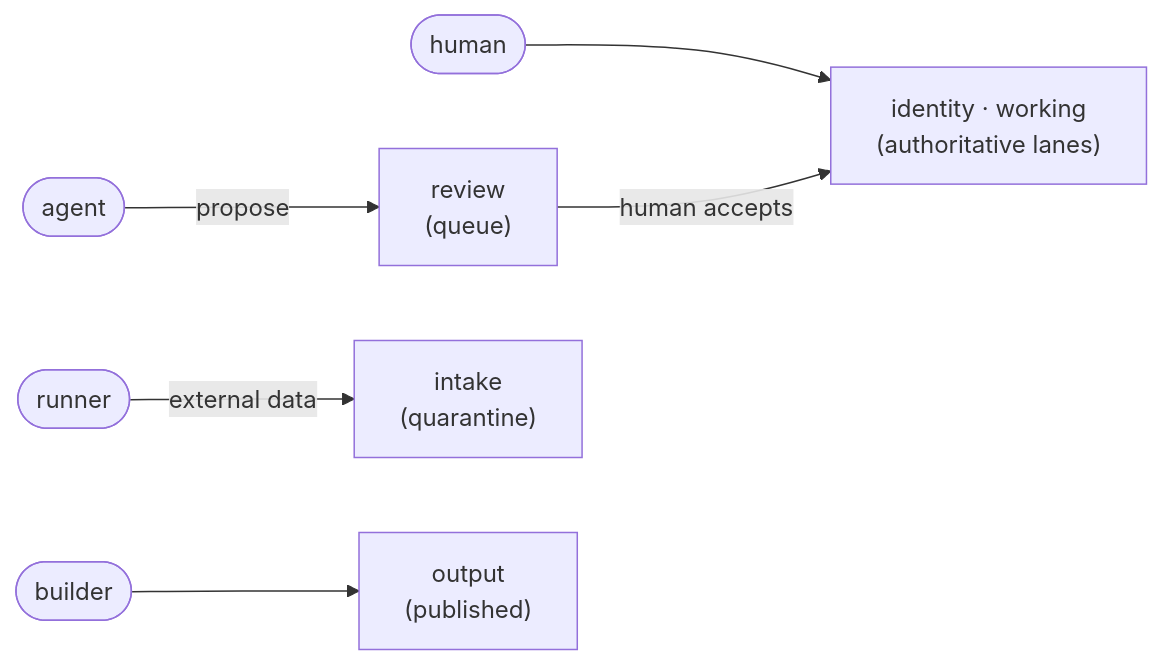
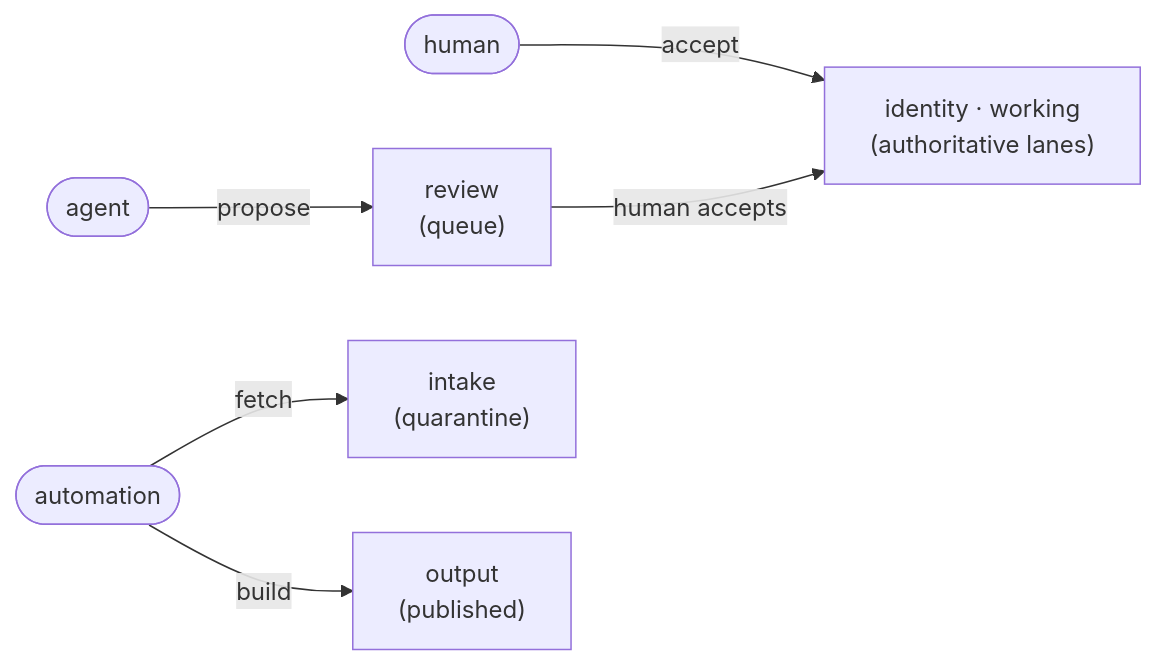
Before and after one commit to patrick204nqh/textus: the diagram in README.md, drawn with Mermaid. The commit also changed other lines of this file and 6 other files, not shown here.

````diff
--- a/README.md
+++ b/README.md
@@ -27,8 +27,8 @@
 ```mermaid
 flowchart LR
-    human(["human"]) --> auth["identity · working<br/>(authoritative lanes)"]
+    human(["human"]) -->|accept| auth["identity · working<br/>(authoritative lanes)"]
     agent(["agent"]) -->|propose| review["review<br/>(queue)"]
     review -->|human accepts| auth
-    runner(["runner"]) -->|external data| intake["intake<br/>(quarantine)"]
-    builder(["builder"]) --> output["output<br/>(published)"]
+    automation(["automation"]) -->|fetch| intake["intake<br/>(quarantine)"]
+    automation -->|build| output["output<br/>(published)"]
 ```
````
